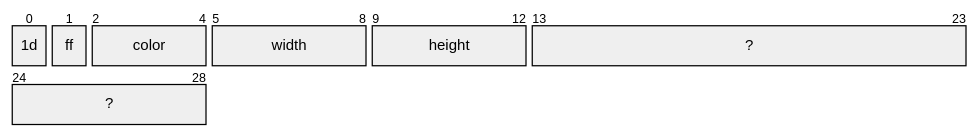
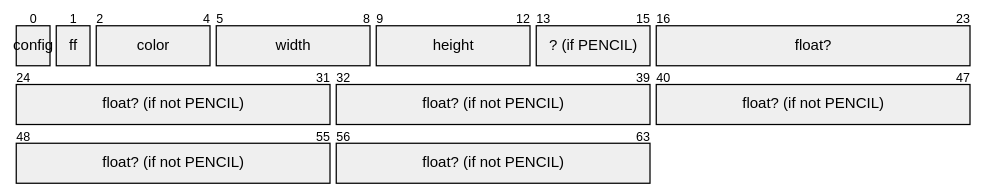
One commit to AquaBx/msink-reader changed the third of 8 diagrams in README.md. Above: the diagram before and after it, drawn with Mermaid. The commit also changed other lines of this file and 1 other file, not shown here.

````diff
--- a/README.md
+++ b/README.md
@@ -21,14 +36,19 @@
 ```mermaid
 %%{init: { "packet": { "bitsPerRow": 24 } }}%%
 ---
 title: "Brush"
 ---
 packet
-+1: "1d"
++1: "config"
 +1: "ff"
 +3: "color"
 +4: "width"
 +4: "height"
-+11: "?"
-+5: "?"
++3: "? (if PENCIL)"
++8: "float?"
++8: "float? (if not PENCIL)"
++8: "float? (if not PENCIL)"
++8: "float? (if not PENCIL)"
++8: "float? (if not PENCIL)"
++8: "float? (if not PENCIL)"
 ```
````
